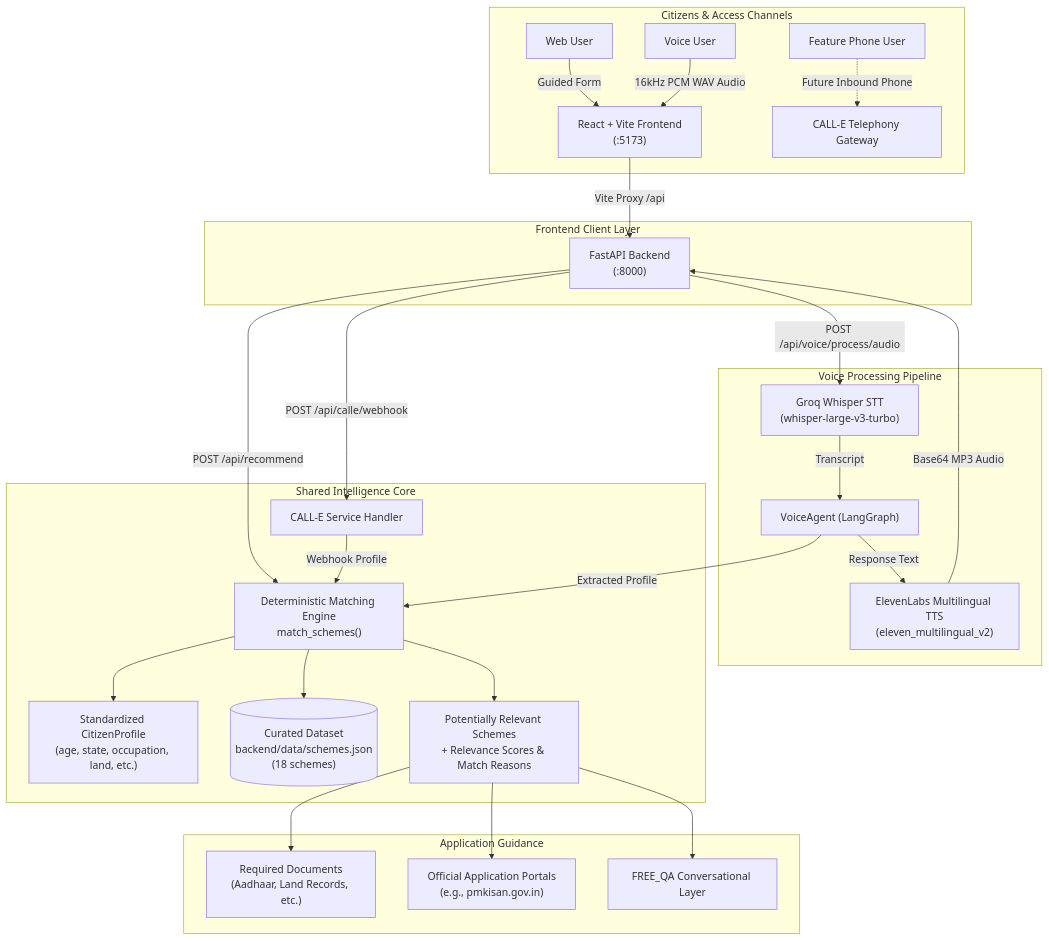
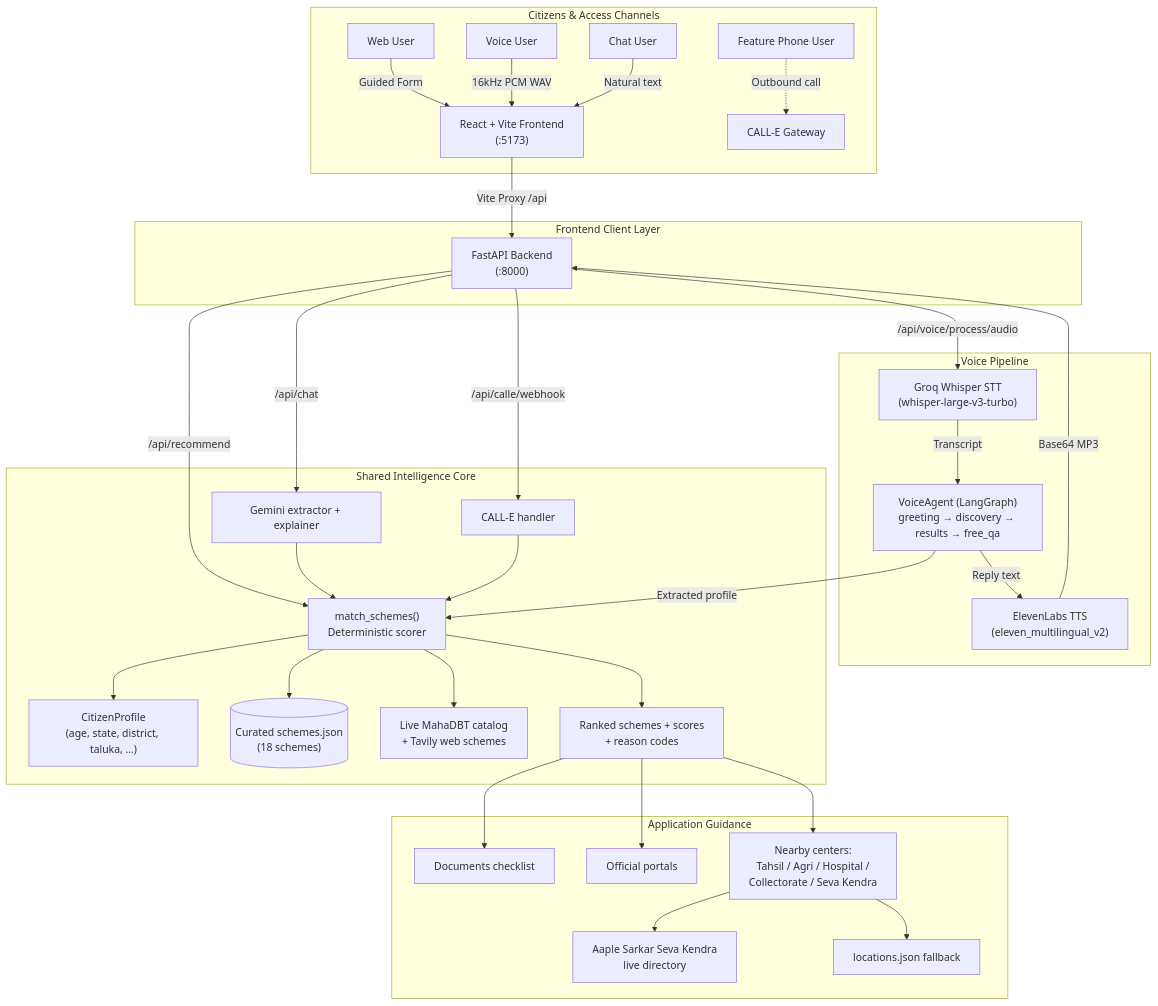
One commit to OmkarP1919/YojnaSathi changed the first of 2 diagrams in README.md. Above: the diagram before and after it, drawn with Mermaid. The commit also changed other lines of this file, not shown here.

````diff
--- a/README.md
+++ b/README.md
@@ -84,35 +132,41 @@
 ```mermaid
 flowchart TD
     subgraph Citizens["Citizens & Access Channels"]
         U1["Web User"] -->|Guided Form| FE["React + Vite Frontend\n(:5173)"]
-        U2["Voice User"] -->|16kHz PCM WAV Audio| FE
-        U3["Feature Phone User"] -.->|Future Inbound Phone| TEL["CALL-E Telephony Gateway"]
+        U2["Voice User"] -->|16kHz PCM WAV| FE
+        U3["Chat User"] -->|Natural text| FE
+        U4["Feature Phone User"] -.->|Outbound call| TEL["CALL-E Gateway"]
     end
 
     subgraph Frontend["Frontend Client Layer"]
         FE -->|Vite Proxy /api| BE["FastAPI Backend\n(:8000)"]
     end
 
-    subgraph VoicePipeline["Voice Processing Pipeline"]
-        BE -->|POST /api/voice/process/audio| STT["Groq Whisper STT\n(whisper-large-v3-turbo)"]
-        STT -->|Transcript| VA["VoiceAgent (LangGraph)"]
-        VA -->|Response Text| TTS["ElevenLabs Multilingual TTS\n(eleven_multilingual_v2)"]
-        TTS -->|Base64 MP3 Audio| BE
+    subgraph VoicePipeline["Voice Pipeline"]
+        BE -->|/api/voice/process/audio| STT["Groq Whisper STT\n(whisper-large-v3-turbo)"]
+        STT -->|Transcript| VA["VoiceAgent (LangGraph)\ngreeting → discovery → results → free_qa"]
+        VA -->|Reply text| TTS["ElevenLabs TTS\n(eleven_multilingual_v2)"]
+        TTS -->|Base64 MP3| BE
     end
 
     subgraph CoreEngine["Shared Intelligence Core"]
-        BE -->|POST /api/recommend| ME["Deterministic Matching Engine\nmatch_schemes()"]
-        VA -->|Extracted Profile| ME
-        BE -->|POST /api/calle/webhook| CE["CALL-E Service Handler"]
-        CE -->|Webhook Profile| ME
-        ME --> CP["Standardized CitizenProfile\n(age, state, occupation, land, etc.)"]
-        ME --> DATA[("Curated Dataset\nbackend/data/schemes.json\n(18 schemes)")]
-        ME --> RES["Potentially Relevant Schemes\n+ Relevance Scores & Match Reasons"]
+        BE -->|/api/recommend| ME["match_schemes()\nDeterministic scorer"]
+        VA -->|Extracted profile| ME
+        BE -->|/api/chat| AI["Gemini extractor + explainer"]
+        AI --> ME
+        BE -->|/api/calle/webhook| CE["CALL-E handler"]
+        CE --> ME
+        ME --> CP["CitizenProfile\n(age, state, district, taluka, ...)"]
+        ME --> DATA[("Curated schemes.json\n(18 schemes)")]
+        ME --> LIVE["Live MahaDBT catalog\n+ Tavily web schemes"]
+        ME --> RES["Ranked schemes + scores\n+ reason codes"]
     end
 
     subgraph Guidance["Application Guidance"]
-        RES --> DOCS["Required Documents\n(Aadhaar, Land Records, etc.)"]
-        RES --> URLS["Official Application Portals\n(e.g., pmkisan.gov.in)"]
-        RES --> QA["FREE_QA Conversational Layer"]
+        RES --> DOCS["Documents checklist"]
+        RES --> URLS["Official portals"]
+        RES --> LOC["Nearby centers:\nTahsil / Agri / Hospital /\nCollectorate / Seva Kendra"]
+        LOC --> SEVA["Aaple Sarkar Seva Kendra\nlive directory"]
+        LOC --> CAT["locations.json fallback"]
     end
 ```
````
